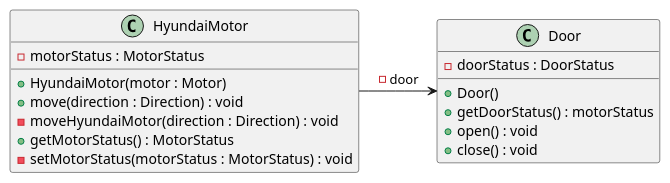
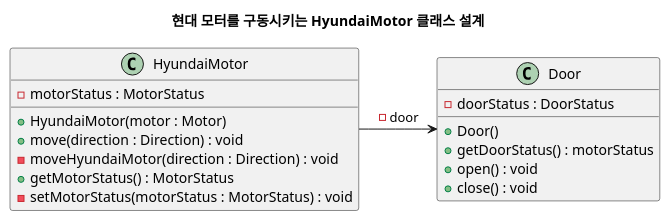
The diagram in ch11-template-method-patterns/diagrams/template-method-pattern-motor-class-diagram.puml (walbatrossw/java-design-patterns), drawn with PlantUML before and after one commit. The commit also changed 15 other files, not shown here.

```diff
--- a/ch11-template-method-patterns/diagrams/template-method-pattern-motor-class-diagram.puml
+++ b/ch11-template-method-patterns/diagrams/template-method-pattern-motor-class-diagram.puml
@@ -1,22 +1,24 @@
 @startuml
+
+title 현대 모터를 구동시키는 HyundaiMotor 클래스 설계
 
 class HyundaiMotor {
     - motorStatus : MotorStatus
     + HyundaiMotor(motor : Motor)
     + move(direction : Direction) : void
     - moveHyundaiMotor(direction : Direction) : void
     + getMotorStatus() : MotorStatus
     - setMotorStatus(motorStatus : MotorStatus) : void
 }
 
 class Door {
     - doorStatus : DoorStatus
     + Door()
     + getDoorStatus() : motorStatus
     + open() : void
     + close() : void
 }
 
 HyundaiMotor -> Door : -door
 
 @enduml
```
